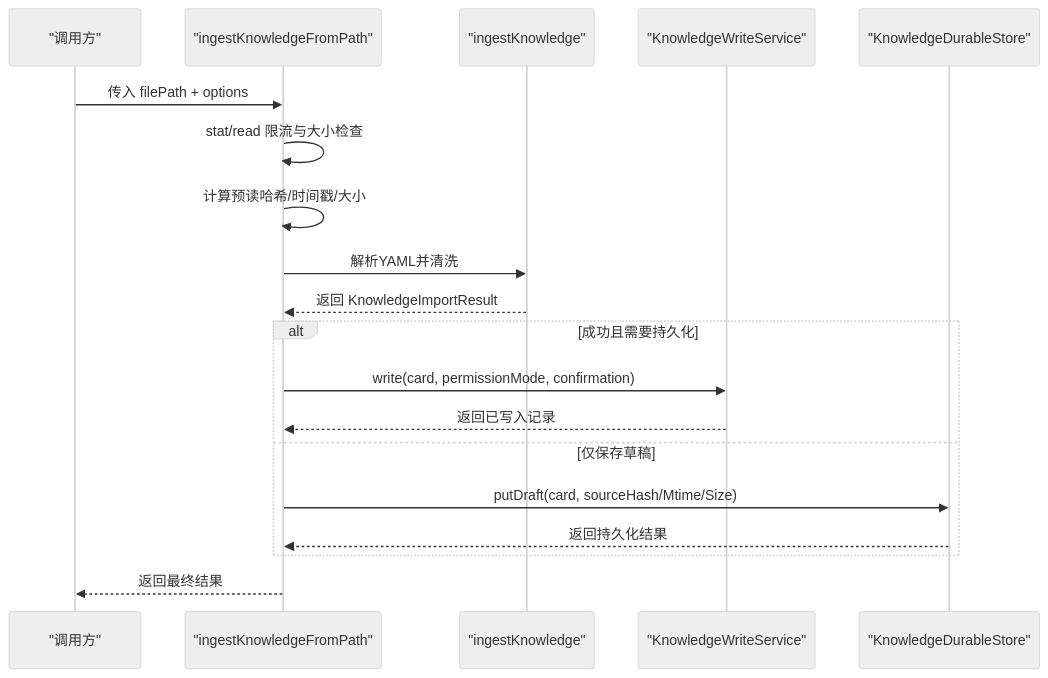
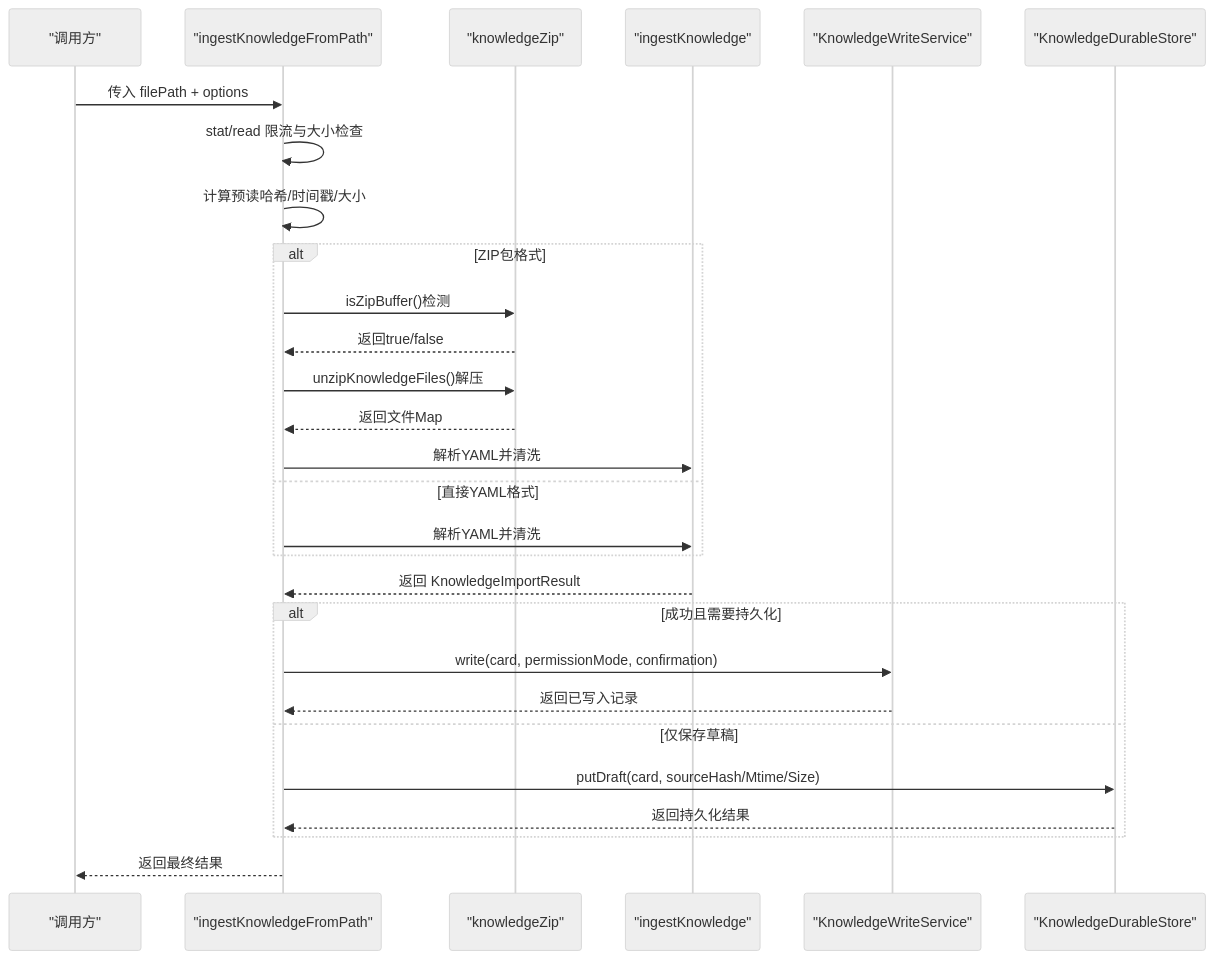
The second of 4 diagrams in .qoder/repowiki/zh/content/架构设计/核心组件设计/知识编译服务设计/冷数据导入.md (haolange/RDC-Agent), drawn with Mermaid (neutral theme) before and after one commit. The commit also changed other lines of this file and 28 other files, not shown here.

````diff
--- a/.qoder/repowiki/zh/content/架构设计/核心组件设计/知识编译服务设计/冷数据导入.md
+++ b/.qoder/repowiki/zh/content/架构设计/核心组件设计/知识编译服务设计/冷数据导入.md
@@ -98,21 +110,30 @@
 ```mermaid
 sequenceDiagram
 participant U as "调用方"
 participant I as "ingestKnowledgeFromPath"
+participant Z as "knowledgeZip"
 participant P as "ingestKnowledge"
 participant W as "KnowledgeWriteService"
 participant S as "KnowledgeDurableStore"
 U->>I : 传入 filePath + options
 I->>I : stat/read 限流与大小检查
 I->>I : 计算预读哈希/时间戳/大小
+alt ZIP包格式
+I->>Z : isZipBuffer()检测
+Z-->>I : 返回true/false
+I->>Z : unzipKnowledgeFiles()解压
+Z-->>I : 返回文件Map
 I->>P : 解析YAML并清洗
+else 直接YAML格式
+I->>P : 解析YAML并清洗
+end
 P-->>I : 返回 KnowledgeImportResult
 alt 成功且需要持久化
 I->>W : write(card, permissionMode, confirmation)
 W-->>I : 返回已写入记录
 else 仅保存草稿
 I->>S : putDraft(card, sourceHash/Mtime/Size)
 S-->>I : 返回持久化结果
 end
 I-->>U : 返回最终结果
 ```
````
